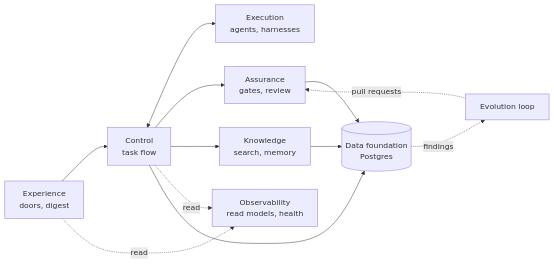
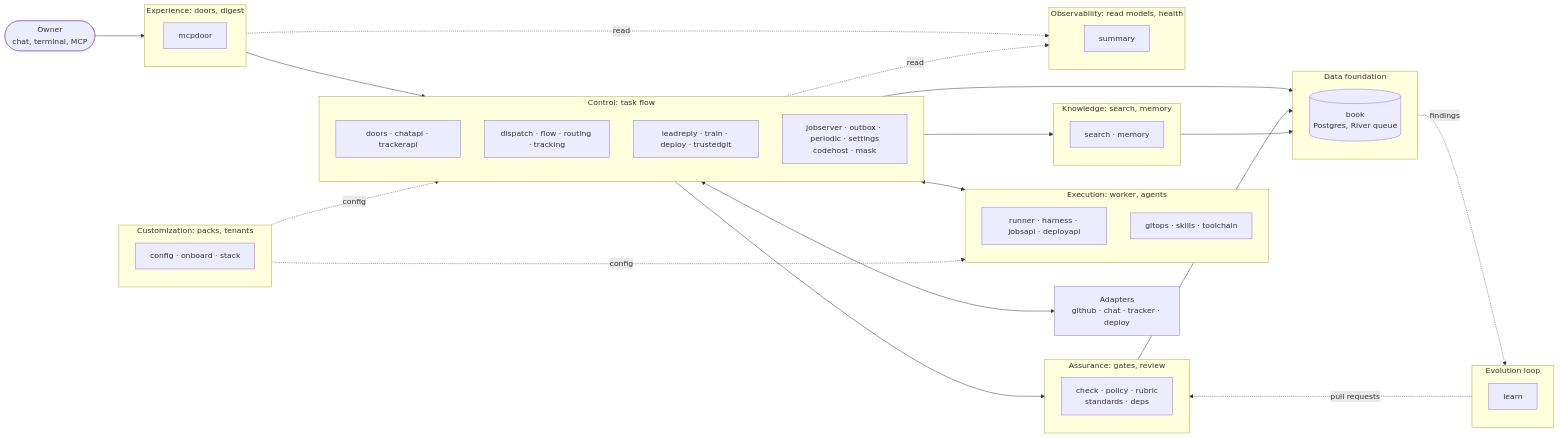
One commit to IlyaChakun/nightshift changed the diagram in README.md. Above: the diagram before and after it, drawn with Mermaid. The commit also changed other lines of this file, not shown here.

Commit message:
docs: show planes and their packages in the README diagram (#481)
Claude-Session: https://claude.ai/code/session_01XQwZc1abv2AyYvp1Q271iB

````diff
--- a/README.md
+++ b/README.md
@@ -14,11 +14,48 @@
 ```mermaid
 flowchart LR
-  exp["Experience<br/>doors, digest"] --> ctl["Control<br/>task flow"]
-  ctl <--> exe["Execution<br/>agents, harnesses"]
-  ctl --> asr["Assurance<br/>gates, review"]
-  ctl --> kno["Knowledge<br/>search, memory"]
-  exp & ctl -. read .-> obs["Observability<br/>read models, health"]
-  ctl & asr & kno --> data[("Data foundation<br/>Postgres")]
-  data -. findings .-> evo["Evolution loop"]
+  you(["Owner<br/>chat, terminal, MCP"])
+  subgraph exp["Experience: doors, digest"]
+    mcpdoor["mcpdoor"]
+  end
+  subgraph ctl["Control: task flow"]
+    direction TB
+    c1["doors · chatapi · trackerapi"]
+    c2["dispatch · flow · routing · tracking"]
+    c3["leadreply · train · deploy · trustedgit"]
+    c4["jobserver · outbox · periodic · settings<br/>codehost · mask"]
+  end
+  subgraph exe["Execution: worker, agents"]
+    direction TB
+    e1["runner · harness · jobsapi · deployapi"]
+    e2["gitops · skills · toolchain"]
+  end
+  subgraph asr["Assurance: gates, review"]
+    a1["check · policy · rubric<br/>standards · deps"]
+  end
+  subgraph kno["Knowledge: search, memory"]
+    k1["search · memory"]
+  end
+  subgraph obs["Observability: read models, health"]
+    o1["summary"]
+  end
+  subgraph data["Data foundation"]
+    d1[("book<br/>Postgres, River queue")]
+  end
+  subgraph evo["Evolution loop"]
+    v1["learn"]
+  end
+  subgraph cus["Customization: packs, tenants"]
+    u1["config · onboard · stack"]
+  end
+  adp["Adapters<br/>github · chat · tracker · deploy"]
+  you --> exp --> ctl
+  ctl <--> exe
+  ctl --> asr
+  ctl --> kno
+  exp & ctl -. read .-> obs
+  ctl & asr & kno --> data
+  data -. findings .-> evo
   evo -. pull requests .-> asr
+  cus -. config .-> ctl & exe
+  ctl <--> adp
 ```
````
